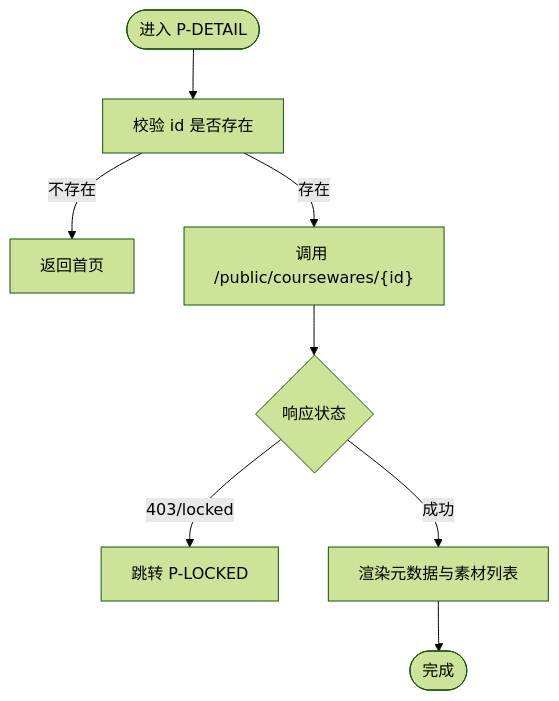
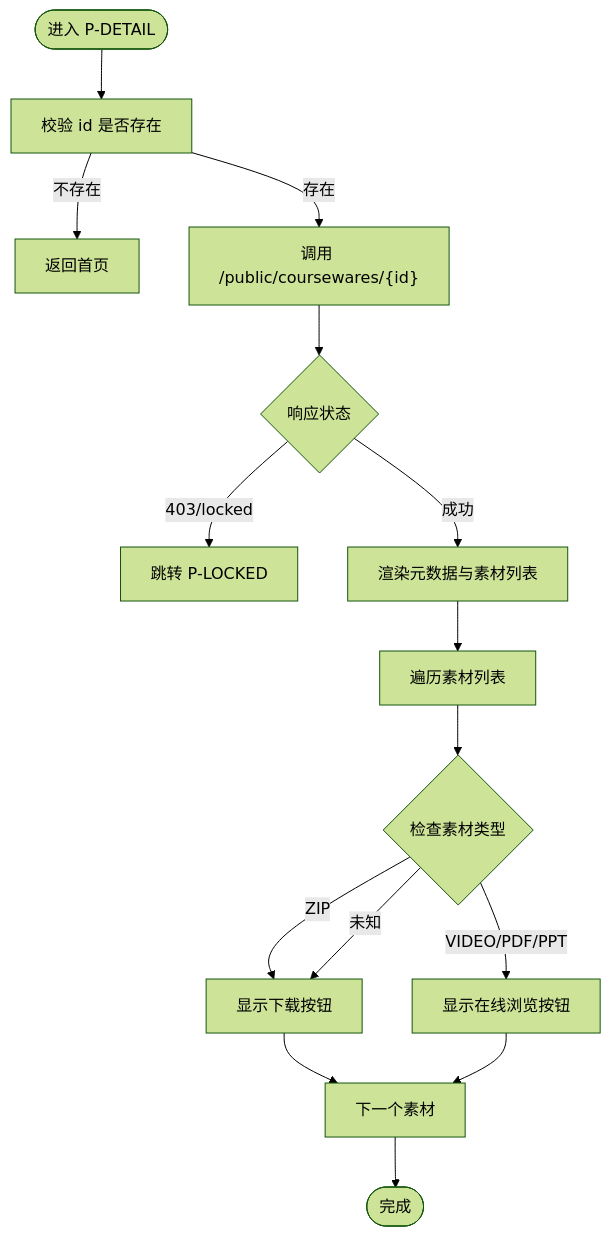
Before and after one commit to leo21cn/ai-learning-hub: the third of 6 diagrams in .qoder/repowiki/zh/content/前端开发指南/页面开发/前台页面开发/课件详情页面.md, drawn with Mermaid (forest theme). The commit also changed other lines of this file and 41 other files, not shown here.

````diff
--- a/.qoder/repowiki/zh/content/前端开发指南/页面开发/前台页面开发/课件详情页面.md
+++ b/.qoder/repowiki/zh/content/前端开发指南/页面开发/前台页面开发/课件详情页面.md
@@ -211,10 +239,17 @@
 ```mermaid
 flowchart TD
 Start(["进入 P-DETAIL"]) --> CheckId["校验 id 是否存在"]
 CheckId --> |不存在| GoHome["返回首页"]
 CheckId --> |存在| FetchCW["调用 /public/coursewares/{id}"]
 FetchCW --> Resp{"响应状态"}
 Resp --> |403/locked| GoLocked["跳转 P-LOCKED"]
 Resp --> |成功| Render["渲染元数据与素材列表"]
-Render --> End(["完成"])
+Render --> LoopMaterials["遍历素材列表"]
+LoopMaterials --> CheckType{"检查素材类型"}
+CheckType --> |ZIP| ShowDownload["显示下载按钮"]
+CheckType --> |VIDEO/PDF/PPT| ShowBrowse["显示在线浏览按钮"]
+CheckType --> |未知| ShowDownload
+ShowDownload --> NextMaterial["下一个素材"]
+ShowBrowse --> NextMaterial
+NextMaterial --> End(["完成"])
 ```
````
